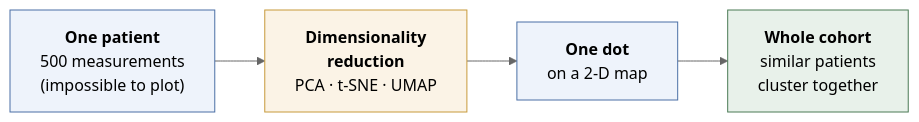
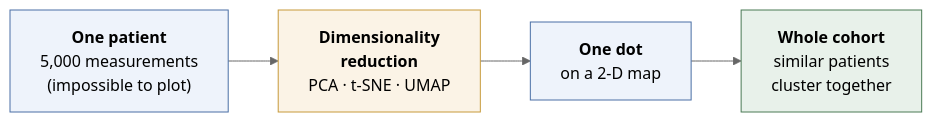
One commit to Neclow/ML_and_Stats_Course changed the first of 2 diagrams in chapters/15_dimensionality_reduction.qmd. Above: the diagram before and after it, drawn with Mermaid (neutral theme). The commit also changed other lines of this file and 14 other files, not shown here.

First line of the commit message:
Ch15: rewrite dimensionality reduction chapter (#6)

````diff
--- a/chapters/15_dimensionality_reduction.qmd
+++ b/chapters/15_dimensionality_reduction.qmd
@@ -11,14 +36,14 @@
 ```{mermaid}
 %%| echo: false
 %%| eval: true
 %%| label: fig-dimreduction-idea
-%%| fig-cap: "The core idea: each patient starts as a long list of measurements that cannot be plotted directly. Dimensionality reduction compresses that list into two summary axes, turning every patient into a single dot on a map where similar patients sit close together."
+%%| fig-cap: "Motivation for dimensionality reduction: patients in a cohort start as a long list of measurements that cannot be plotted directly. Dimensionality reduction compresses that list into two summary axes, turning every patient into a single dot on a map where similar patients sit close together."
 flowchart LR
-    A["<b>One patient</b><br/>500 measurements<br/>(impossible to plot)"] --> B["<b>Dimensionality<br/>reduction</b><br/>PCA · t-SNE · UMAP"]
+    A["<b>One patient</b><br/>5,000 measurements<br/>(impossible to plot)"] --> B["<b>Dimensionality<br/>reduction</b><br/>PCA · t-SNE · UMAP"]
     B --> C["<b>One dot</b><br/>on a 2-D map"]
     C --> D["<b>Whole cohort</b><br/>similar patients<br/>cluster together"]
     style A fill:#eef3fb,stroke:#4a6fa5
     style B fill:#fbf3e6,stroke:#c79a3b
     style C fill:#eef3fb,stroke:#4a6fa5
     style D fill:#e8f1ea,stroke:#4a7a55
 ```
````
